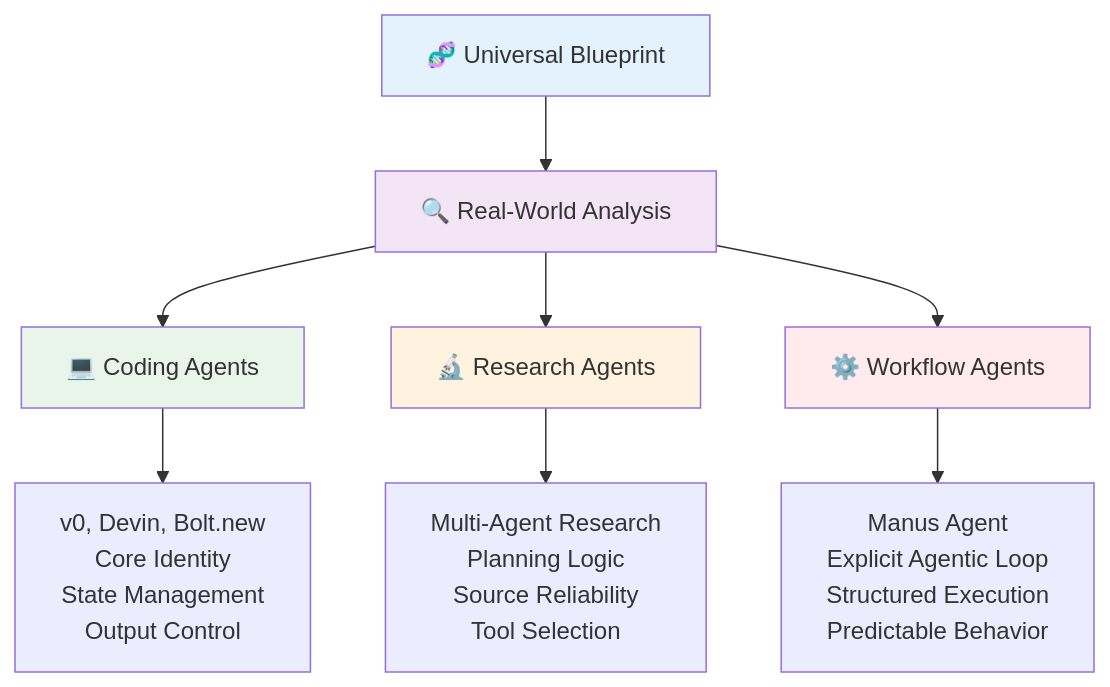
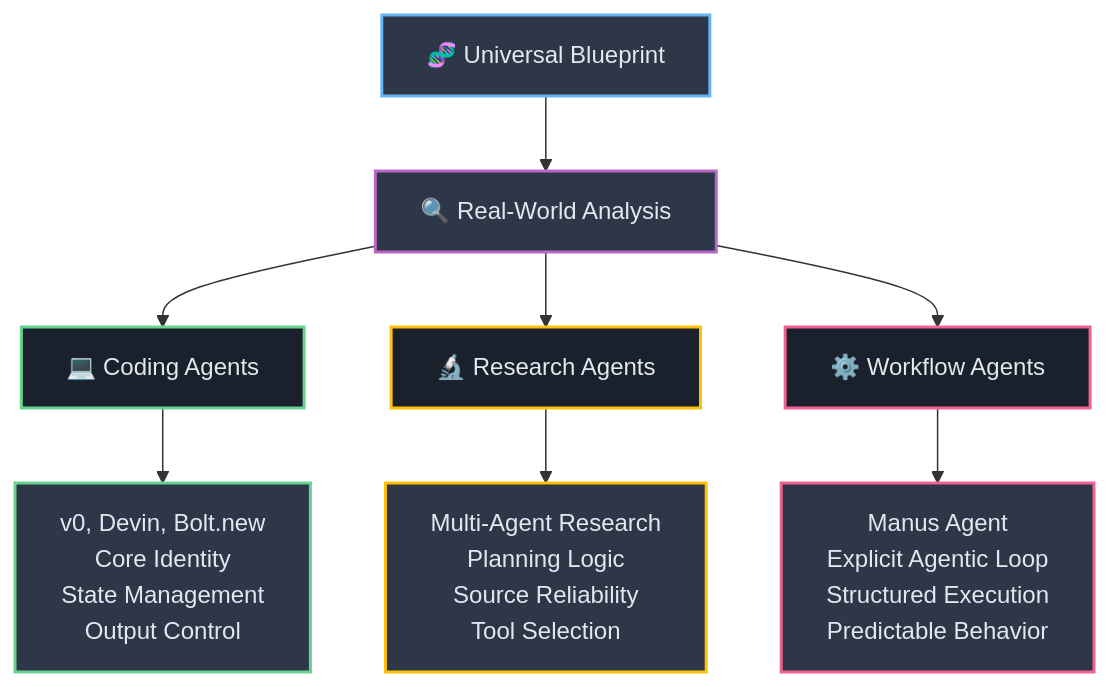
One commit to josemlopez/prompt_tutorial changed the first of 9 diagrams in Part_II_Section_8_Case_Studies_Deconstructing_Real-World_Agent_Prompts.md. Above: the diagram before and after it, drawn with Mermaid. The commit also changed other lines of this file and 7 other files, not shown here.

````diff
--- a/Part_II_Section_8_Case_Studies_Deconstructing_Real-World_Agent_Prompts.md
+++ b/Part_II_Section_8_Case_Studies_Deconstructing_Real-World_Agent_Prompts.md
@@ -5,20 +5,23 @@
 ```mermaid
 graph TB
-    A[🧬 Universal Blueprint] --> B[🔍 Real-World Analysis]
-    
-    B --> C[💻 Coding Agents]
-    B --> D[🔬 Research Agents]
-    B --> E[⚙️ Workflow Agents]
-    
-    C --> F[v0, Devin, Bolt.new<br/>Core Identity<br/>State Management<br/>Output Control]
-    
-    D --> G[Multi-Agent Research<br/>Planning Logic<br/>Source Reliability<br/>Tool Selection]
-    
-    E --> H[Manus Agent<br/>Explicit Agentic Loop<br/>Structured Execution<br/>Predictable Behavior]
-    
-    style A fill:#e3f2fd
-    style B fill:#f3e5f5
-    style C fill:#e8f5e8
-    style D fill:#fff3e0
-    style E fill:#ffebee
+   A[🧬 Universal Blueprint] --> B[🔍 Real-World Analysis]
+   
+   B --> C[💻 Coding Agents]
+   B --> D[🔬 Research Agents]
+   B --> E[⚙️ Workflow Agents]
+   
+   C --> F[v0, Devin, Bolt.new<br/>Core Identity<br/>State Management<br/>Output Control]
+   
+   D --> G[Multi-Agent Research<br/>Planning Logic<br/>Source Reliability<br/>Tool Selection]
+   
+   E --> H[Manus Agent<br/>Explicit Agentic Loop<br/>Structured Execution<br/>Predictable Behavior]
+   
+   style A fill:#2d3748,stroke:#64b5f6,stroke-width:2px,color:#e2e8f0
+   style B fill:#2d3748,stroke:#ba68c8,stroke-width:2px,color:#e2e8f0
+   style C fill:#1a202c,stroke:#68d391,stroke-width:2px,color:#e2e8f0
+   style D fill:#1a202c,stroke:#ffc107,stroke-width:2px,color:#e2e8f0
+   style E fill:#1a202c,stroke:#f06292,stroke-width:2px,color:#e2e8f0
+   style F fill:#2d3748,stroke:#68d391,stroke-width:2px,color:#e2e8f0
+   style G fill:#2d3748,stroke:#ffc107,stroke-width:2px,color:#e2e8f0
+   style H fill:#2d3748,stroke:#f06292,stroke-width:2px,color:#e2e8f0
 ```
````
